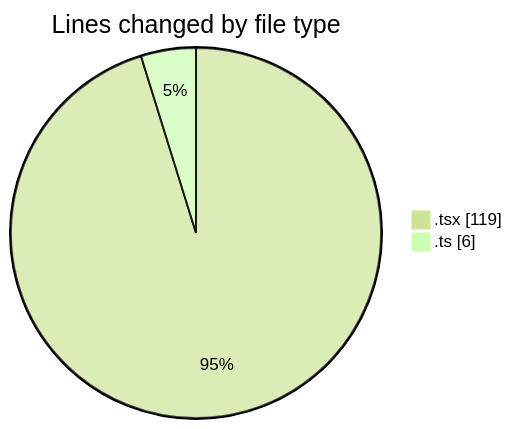
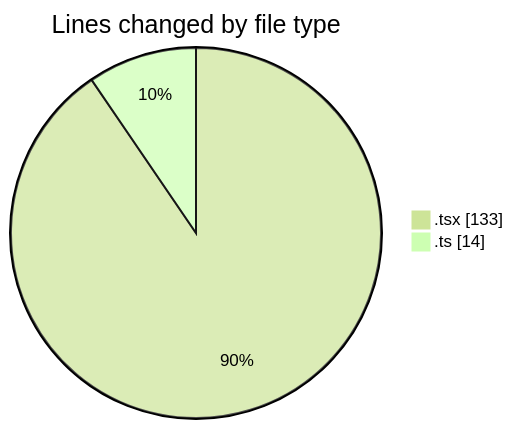
The first of 2 diagrams in 2025-01-10/mbc-web/README.md (robertbonfada/code-tracking), drawn with Mermaid (forest theme) before and after one commit. The commit also changed other lines of this file and 1 other file, not shown here.

````diff
--- a/2025-01-10/mbc-web/README.md
+++ b/2025-01-10/mbc-web/README.md
@@ -21,6 +23,6 @@
 ```mermaid
 pie showData
 title Lines changed by file type
-".tsx" : 119
-".ts" : 6
+".tsx" : 133
+".ts" : 14
 ```
````
